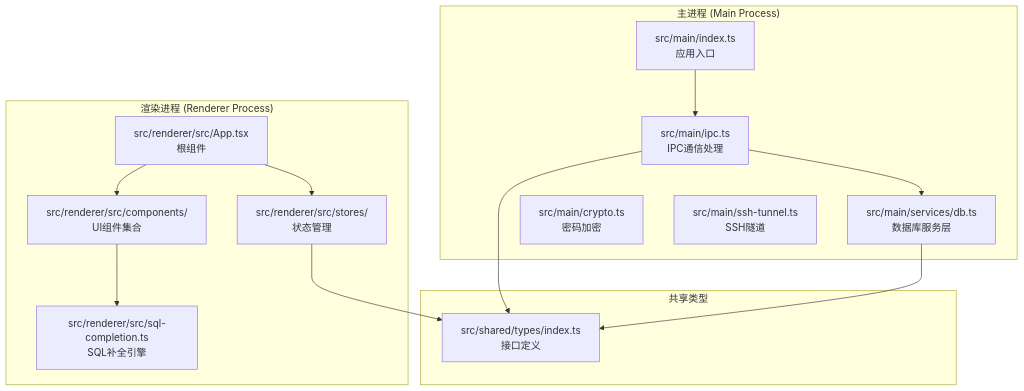
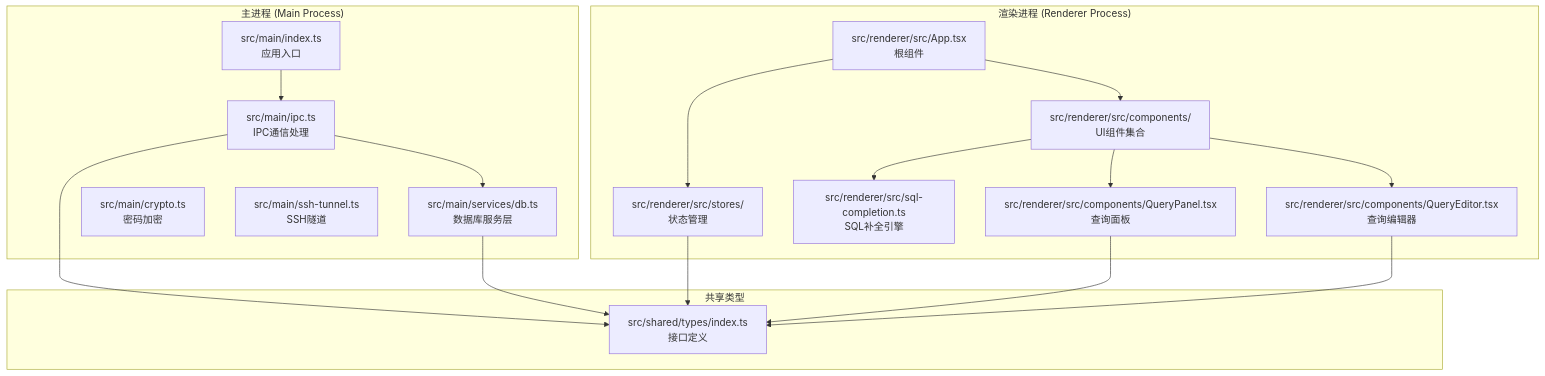
The first of 12 diagrams in .qoder/repowiki/zh/content/前端组件系统/SQL智能编辑功能.md (wwenbo2048/nexsql), drawn with Mermaid before and after one commit. The commit also changed other lines of this file and 10 other files, not shown here.

````diff
--- a/.qoder/repowiki/zh/content/前端组件系统/SQL智能编辑功能.md
+++ b/.qoder/repowiki/zh/content/前端组件系统/SQL智能编辑功能.md
@@ -42,27 +51,33 @@
 ```mermaid
 graph TB
 subgraph "主进程 (Main Process)"
 A[src/main/index.ts<br/>应用入口]
 B[src/main/ipc.ts<br/>IPC通信处理]
 C[src/main/services/db.ts<br/>数据库服务层]
 D[src/main/crypto.ts<br/>密码加密]
 E[src/main/ssh-tunnel.ts<br/>SSH隧道]
 end
 subgraph "渲染进程 (Renderer Process)"
 F[src/renderer/src/App.tsx<br/>根组件]
 G[src/renderer/src/components/<br/>UI组件集合]
 H[src/renderer/src/stores/<br/>状态管理]
 I[src/renderer/src/sql-completion.ts<br/>SQL补全引擎]
+J[src/renderer/src/components/QueryPanel.tsx<br/>查询面板]
+K[src/renderer/src/components/QueryEditor.tsx<br/>查询编辑器]
 end
 subgraph "共享类型"
-J[src/shared/types/index.ts<br/>接口定义]
+L[src/shared/types/index.ts<br/>接口定义]
 end
 A --> B
 B --> C
 F --> G
 F --> H
 G --> I
-B --> J
-C --> J
-H --> J
+G --> J
+G --> K
+B --> L
+C --> L
+H --> L
+J --> L
+K --> L
 ```
````
